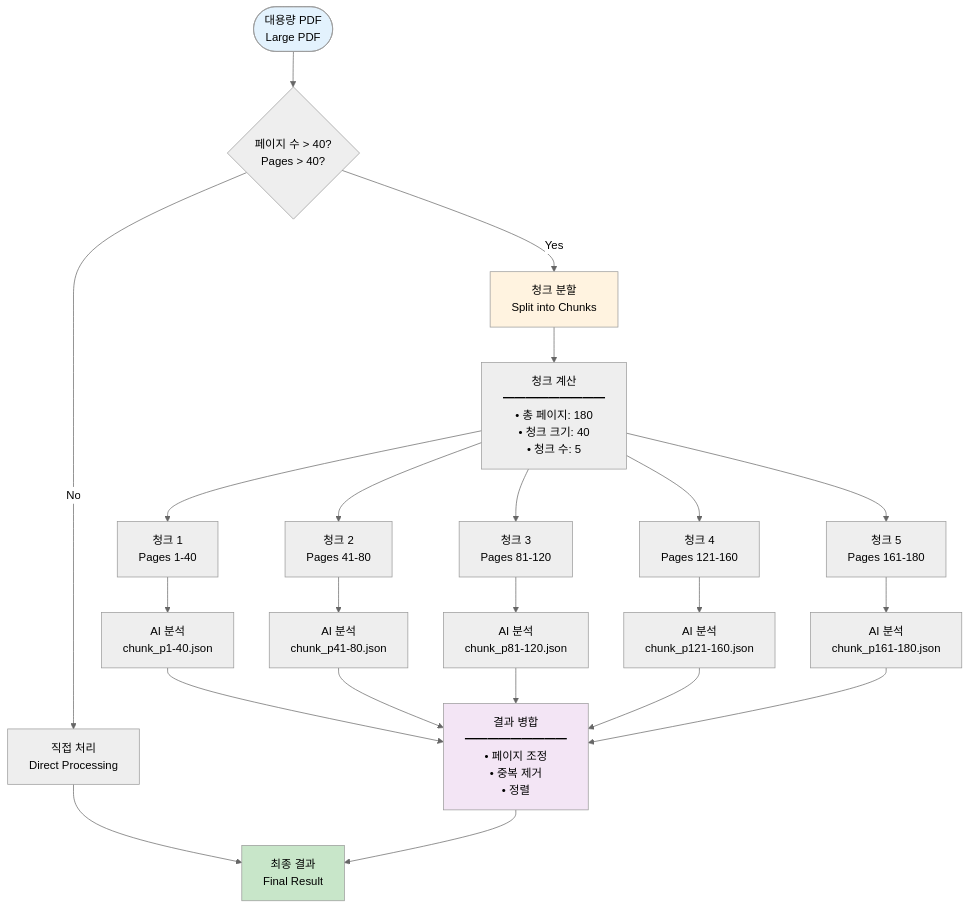
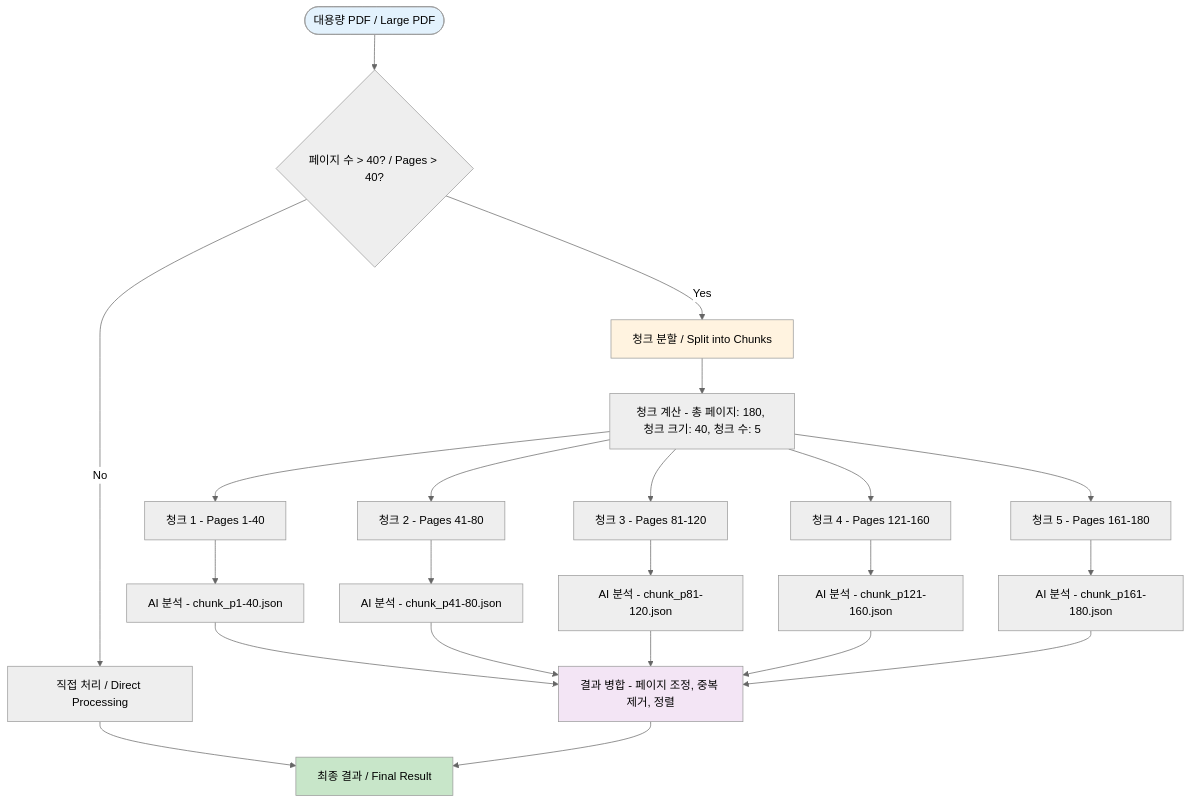
Before and after one commit to ksw6895/jokbodude: diagram 11 of 39 in architecture.md, drawn with Mermaid (neutral theme). The commit also changed other lines of this file, not shown here.

First line of the commit message:
fix: architecture.md Mermaid 다이어그램 파싱 오류 수정

````diff
--- a/architecture.md
+++ b/architecture.md
@@ -652,35 +652,35 @@
 ```mermaid
 flowchart TD
-    Start([대용량 PDF<br/>Large PDF]) --> Check{페이지 수 > 40?<br/>Pages > 40?}
+    Start([대용량 PDF / Large PDF]) --> Check{페이지 수 > 40? / Pages > 40?}
     
-    Check -->|No| Direct[직접 처리<br/>Direct Processing]
-    Check -->|Yes| Split[청크 분할<br/>Split into Chunks]
+    Check -->|No| Direct[직접 처리 / Direct Processing]
+    Check -->|Yes| Split[청크 분할 / Split into Chunks]
     
-    Split --> Calc[청크 계산<br/>━━━━━━━━━<br/>• 총 페이지: 180<br/>• 청크 크기: 40<br/>• 청크 수: 5]
+    Split --> Calc[청크 계산 - 총 페이지: 180, 청크 크기: 40, 청크 수: 5]
     
-    Calc --> Chunk1[청크 1<br/>Pages 1-40]
-    Calc --> Chunk2[청크 2<br/>Pages 41-80]
-    Calc --> Chunk3[청크 3<br/>Pages 81-120]
-    Calc --> Chunk4[청크 4<br/>Pages 121-160]
-    Calc --> Chunk5[청크 5<br/>Pages 161-180]
+    Calc --> Chunk1[청크 1 - Pages 1-40]
+    Calc --> Chunk2[청크 2 - Pages 41-80]
+    Calc --> Chunk3[청크 3 - Pages 81-120]
+    Calc --> Chunk4[청크 4 - Pages 121-160]
+    Calc --> Chunk5[청크 5 - Pages 161-180]
     
-    Chunk1 --> Process1[AI 분석<br/>chunk_p1-40.json]
-    Chunk2 --> Process2[AI 분석<br/>chunk_p41-80.json]
-    Chunk3 --> Process3[AI 분석<br/>chunk_p81-120.json]
-    Chunk4 --> Process4[AI 분석<br/>chunk_p121-160.json]
-    Chunk5 --> Process5[AI 분석<br/>chunk_p161-180.json]
+    Chunk1 --> Process1[AI 분석 - chunk_p1-40.json]
+    Chunk2 --> Process2[AI 분석 - chunk_p41-80.json]
+    Chunk3 --> Process3[AI 분석 - chunk_p81-120.json]
+    Chunk4 --> Process4[AI 분석 - chunk_p121-160.json]
+    Chunk5 --> Process5[AI 분석 - chunk_p161-180.json]
     
-    Process1 --> Merge[결과 병합<br/>━━━━━━━━━<br/>• 페이지 조정<br/>• 중복 제거<br/>• 정렬]
+    Process1 --> Merge[결과 병합 - 페이지 조정, 중복 제거, 정렬]
     Process2 --> Merge
     Process3 --> Merge
     Process4 --> Merge
     Process5 --> Merge
     
-    Direct --> Final[최종 결과<br/>Final Result]
+    Direct --> Final[최종 결과 / Final Result]
     Merge --> Final
     
     style Start fill:#e3f2fd
     style Split fill:#fff3e0
     style Merge fill:#f3e5f5
     style Final fill:#c8e6c9
 ```
````
